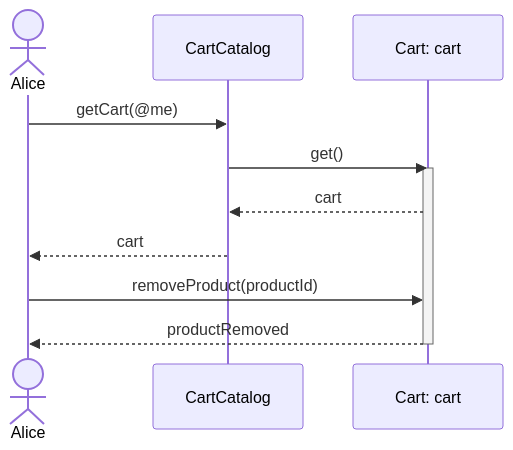
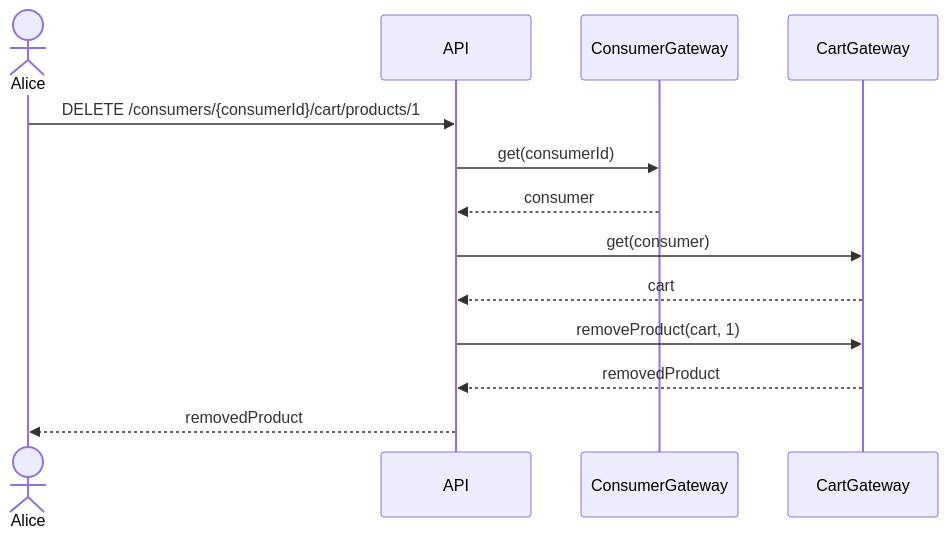
One commit to hivetown/planning changed the sixth of 32 diagrams in sequence.md. Above: the diagram before and after it, drawn with Mermaid. The commit also changed other lines of this file, not shown here.

````diff
--- a/sequence.md
+++ b/sequence.md
@@ -130,15 +161,16 @@
 ```mermaid
 sequenceDiagram
     actor A as Alice
-    participant CC as CartCatalog
-    participant C as Cart: cart
+    participant API
+    participant CG as ConsumerGateway
+    participant CaG as CartGateway
 
-    A ->> CC: getCart(@me)
-    CC ->> C: get()
-    activate C
-    C -->> CC: cart
-    CC -->> A: cart
-    A ->> C: removeProduct(productId)
-    C -->> A: productRemoved
-    deactivate C
+    A ->> API: DELETE /consumers/{consumerId}/cart/products/1
+    API ->> CG: get(consumerId)
+    CG -->> API: consumer
+    API ->> CaG: get(consumer)
+    CaG -->> API: cart
+    API ->> CaG: removeProduct(cart, 1)
+    CaG -->> API: removedProduct
+    API -->> A: removedProduct
 ```
````
